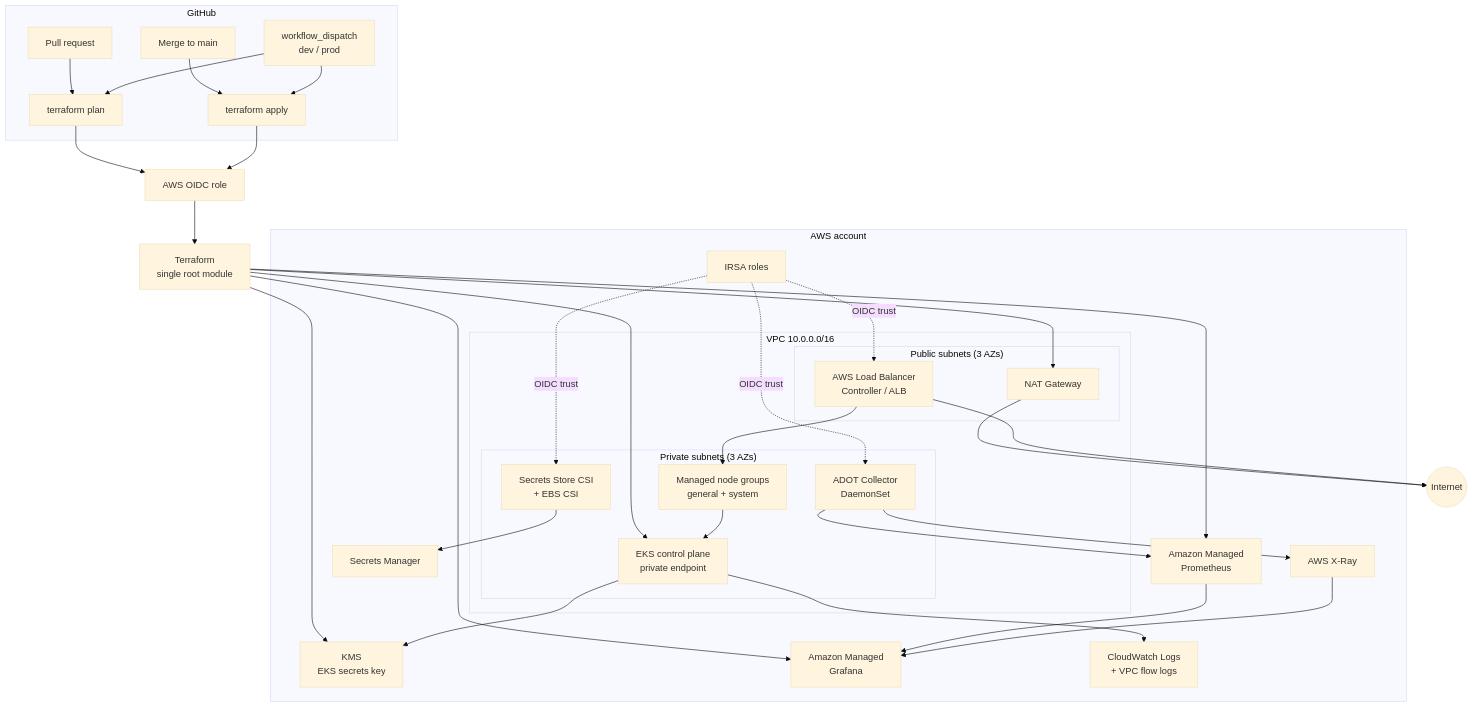
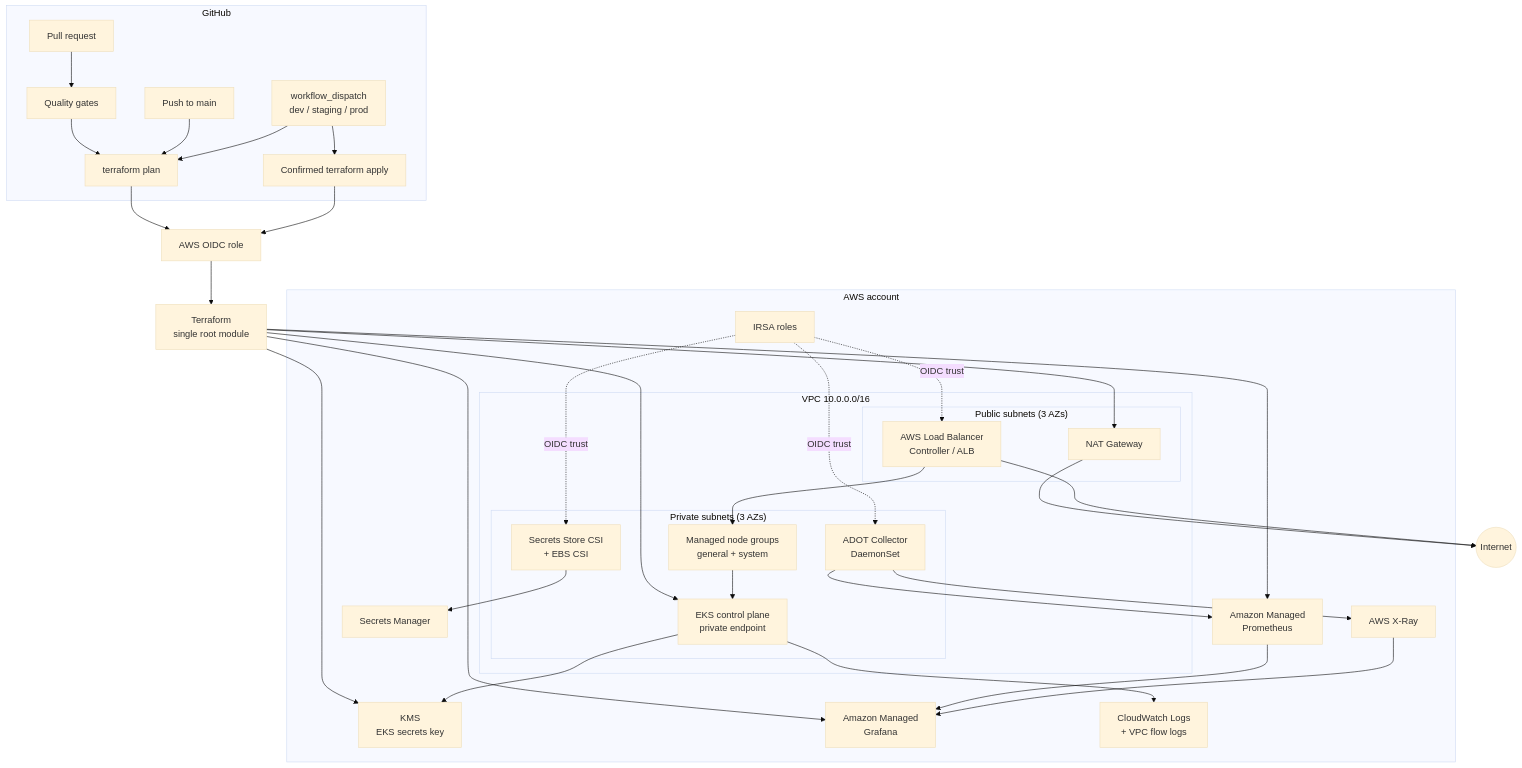
The diagram in docs/architecture.md (jb-bagas/terraform-eks), drawn with Mermaid (base theme) before and after one commit. The commit also changed other lines of this file and 5 other files, not shown here.

Commit message:
feat: add staging environment configuration and update documentation for CI/CD workflow

````diff
--- a/docs/architecture.md
+++ b/docs/architecture.md
@@ -5,56 +5,57 @@
 ```mermaid
 flowchart TB
   subgraph GitHub["GitHub"]
-    PR["Pull request"] --> Plan["terraform plan"]
-    Merge["Merge to main"] --> Apply["terraform apply"]
-    Manual["workflow_dispatch<br/>dev / prod"] --> Plan
-    Manual --> Apply
+    PR["Pull request"] --> Gates["Quality gates"]
+    Gates --> Plan["terraform plan"]
+    Push["Push to main"] --> Plan
+    Manual["workflow_dispatch<br/>dev / staging / prod"] --> Plan
+    Manual --> Apply["Confirmed terraform apply"]
   end
 
   Plan --> OIDC["AWS OIDC role"]
   Apply --> OIDC
   OIDC --> TF["Terraform<br/>single root module"]
 
   subgraph AWS["AWS account"]
     subgraph VPC["VPC 10.0.0.0/16"]
       subgraph Public["Public subnets (3 AZs)"]
         ALB["AWS Load Balancer<br/>Controller / ALB"]
         NAT["NAT Gateway"]
       end
       subgraph Private["Private subnets (3 AZs)"]
         CP["EKS control plane<br/>private endpoint"]
         NG["Managed node groups<br/>general + system"]
         ADOT["ADOT Collector<br/>DaemonSet"]
         CSI["Secrets Store CSI<br/>+ EBS CSI"]
       end
     end
 
     KMS["KMS<br/>EKS secrets key"]
     SM["Secrets Manager"]
     AMP["Amazon Managed<br/>Prometheus"]
     AMG["Amazon Managed<br/>Grafana"]
     XR["AWS X-Ray"]
     CW["CloudWatch Logs<br/>+ VPC flow logs"]
     IRSA["IRSA roles"]
   end
 
   TF --> NAT
   TF --> CP
   TF --> KMS
   TF --> AMP
   TF --> AMG
   CP --> KMS
   NG --> CP
   ALB --> NG
   CSI --> SM
   ADOT --> AMP
   ADOT --> XR
   AMP --> AMG
   XR --> AMG
   CP --> CW
   NAT --> Internet(("Internet"))
   ALB --> Internet
   IRSA -. "OIDC trust" .-> ALB
   IRSA -. "OIDC trust" .-> CSI
   IRSA -. "OIDC trust" .-> ADOT
 ```
````
